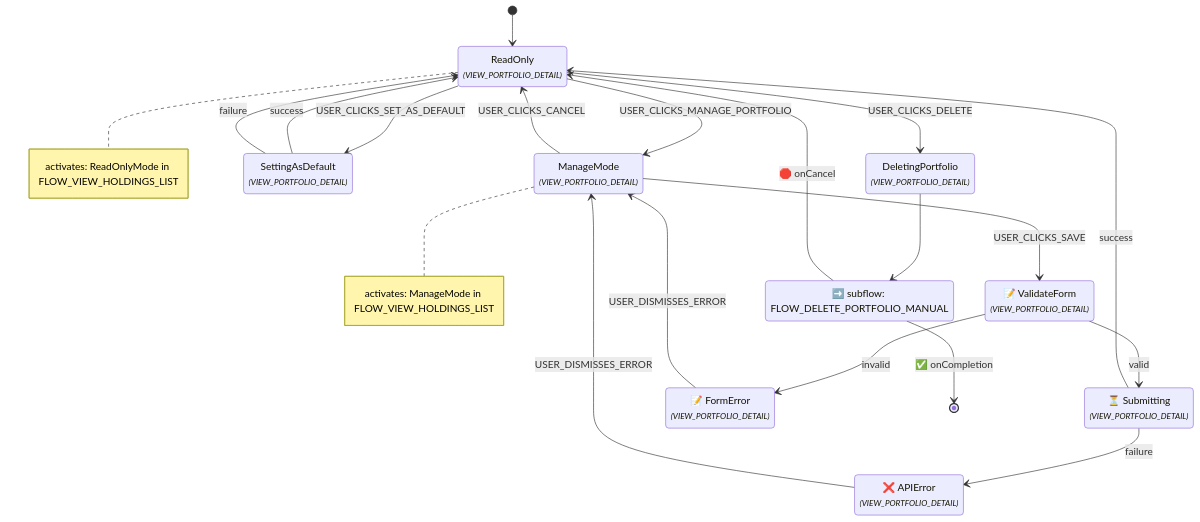
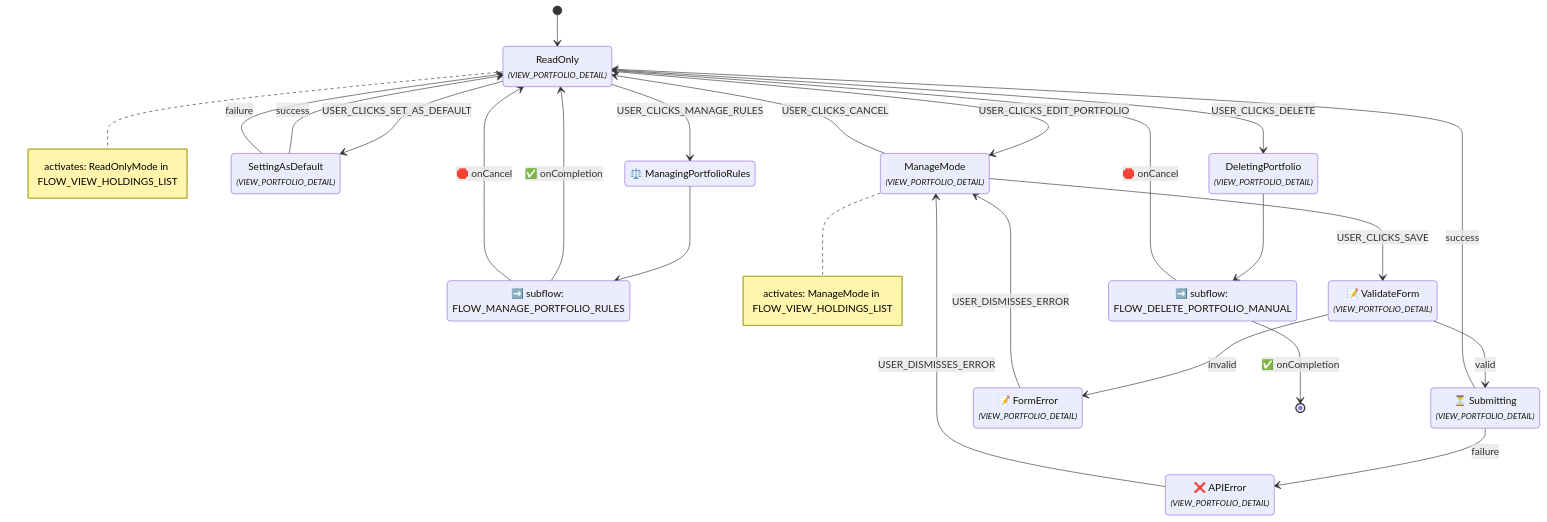
The eighth of 23 diagrams in docs/ui_flow_diagrams.md (enzhao/Sentinel), drawn with Mermaid before and after one commit. The commit also changed other lines of this file and 3 other files, not shown here.

First line of the commit message:
docs(spec): refine and clarify UI flow specifications

````diff
--- a/docs/ui_flow_diagrams.md
+++ b/docs/ui_flow_diagrams.md
@@ -192,35 +189,42 @@
 ```mermaid
 stateDiagram-v2
+    %% Flow ID: FLOW_VIEW_PORTFOLIO_DETAIL
     [*] --> ReadOnly
     state "ReadOnly<br/><font size="2"><i>(VIEW_PORTFOLIO_DETAIL)</i></font>" as ReadOnly
-    ReadOnly --> ManageMode : USER_CLICKS_MANAGE_PORTFOLIO
+    ReadOnly --> ManageMode : USER_CLICKS_EDIT_PORTFOLIO
     ReadOnly --> DeletingPortfolio : USER_CLICKS_DELETE
     ReadOnly --> SettingAsDefault : USER_CLICKS_SET_AS_DEFAULT
+    ReadOnly --> ManagingPortfolioRules : USER_CLICKS_MANAGE_RULES
     note right of ReadOnly
         activates: ReadOnlyMode in FLOW_VIEW_HOLDINGS_LIST
     end note
+    state "⚖️ ManagingPortfolioRules" as ManagingPortfolioRules
+    state "➡️ subflow: FLOW_MANAGE_PORTFOLIO_RULES" as ManagingPortfolioRules_subflow_node
+    ManagingPortfolioRules --> ManagingPortfolioRules_subflow_node
+    ManagingPortfolioRules_subflow_node --> ReadOnly : ✅ onCompletion
+    ManagingPortfolioRules_subflow_node --> ReadOnly : 🛑 onCancel
     state "ManageMode<br/><font size="2"><i>(VIEW_PORTFOLIO_DETAIL)</i></font>" as ManageMode
     ManageMode --> ValidateForm : USER_CLICKS_SAVE
     ManageMode --> ReadOnly : USER_CLICKS_CANCEL
     note right of ManageMode
         activates: ManageMode in FLOW_VIEW_HOLDINGS_LIST
     end note
     state "📝 ValidateForm<br/><font size="2"><i>(VIEW_PORTFOLIO_DETAIL)</i></font>" as ValidateForm
     ValidateForm --> Submitting : valid
     ValidateForm --> FormError : invalid
     state "⏳ Submitting<br/><font size="2"><i>(VIEW_PORTFOLIO_DETAIL)</i></font>" as Submitting
     Submitting --> ReadOnly : success
     Submitting --> APIError : failure
     state "📝 FormError<br/><font size="2"><i>(VIEW_PORTFOLIO_DETAIL)</i></font>" as FormError
     FormError --> ManageMode : USER_DISMISSES_ERROR
     state "❌ APIError<br/><font size="2"><i>(VIEW_PORTFOLIO_DETAIL)</i></font>" as APIError
     APIError --> ManageMode : USER_DISMISSES_ERROR
     state "DeletingPortfolio<br/><font size="2"><i>(VIEW_PORTFOLIO_DETAIL)</i></font>" as DeletingPortfolio
     state "➡️ subflow: FLOW_DELETE_PORTFOLIO_MANUAL" as DeletingPortfolio_subflow_node
     DeletingPortfolio --> DeletingPortfolio_subflow_node
     DeletingPortfolio_subflow_node --> [*] : ✅ onCompletion
     DeletingPortfolio_subflow_node --> ReadOnly : 🛑 onCancel
     state "SettingAsDefault<br/><font size="2"><i>(VIEW_PORTFOLIO_DETAIL)</i></font>" as SettingAsDefault
     SettingAsDefault --> ReadOnly : success
     SettingAsDefault --> ReadOnly : failure
 ```
````
